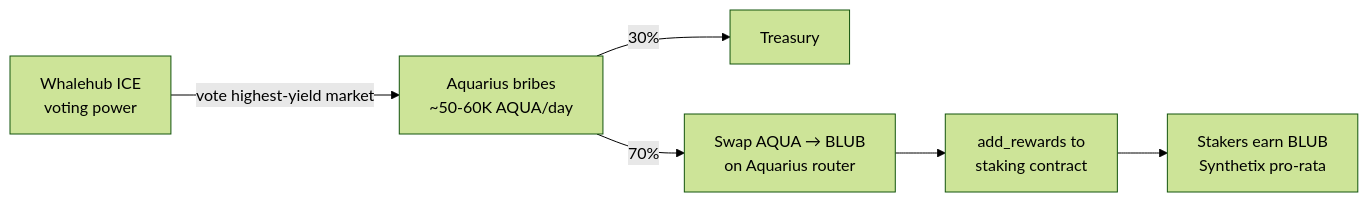
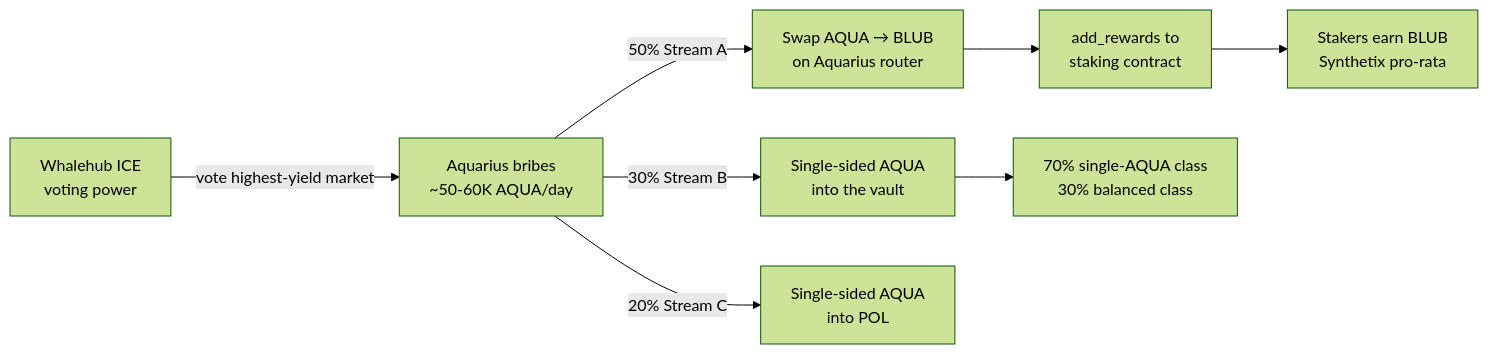
The diagram in docs/tokenomics/bribes-harvesting.md (WhaleHub/whalehub-core), drawn with Mermaid (forest theme) before and after one commit. The commit also changed other lines of this file and 6 other files, not shown here.

First line of the commit message:
docs: two-class reward routing, single-sided deposits, 4h cadence

````diff
--- a/docs/tokenomics/bribes-harvesting.md
+++ b/docs/tokenomics/bribes-harvesting.md
@@ -13,8 +13,10 @@
 ```mermaid
 flowchart LR
     A[Whalehub ICE<br/>voting power] -->|vote highest-yield market| B[Aquarius bribes<br/>~50-60K AQUA/day]
-    B -->|30%| C[Treasury]
-    B -->|70%| D[Swap AQUA → BLUB<br/>on Aquarius router]
+    B -->|50% Stream A| D[Swap AQUA → BLUB<br/>on Aquarius router]
     D --> E[add_rewards to<br/>staking contract]
     E --> F[Stakers earn BLUB<br/>Synthetix pro-rata]
+    B -->|30% Stream B| G[Single-sided AQUA<br/>into the vault]
+    G --> H[70% single-AQUA class<br/>30% balanced class]
+    B -->|20% Stream C| I[Single-sided AQUA<br/>into POL]
 ```
````
